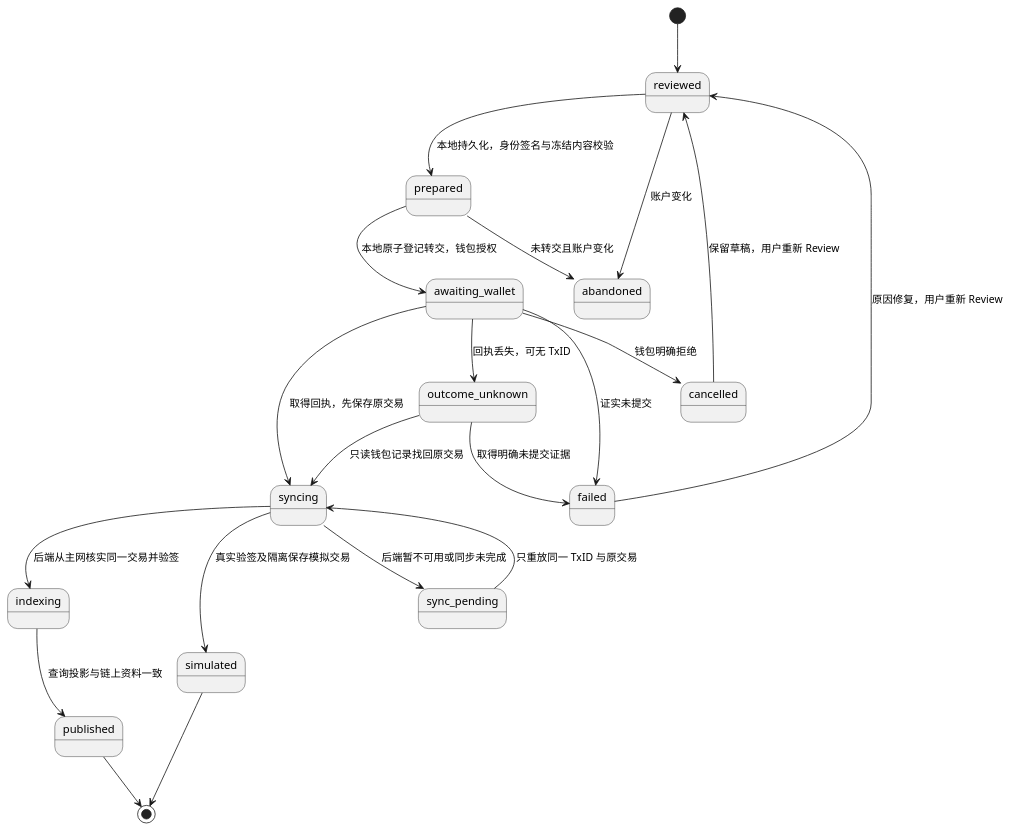
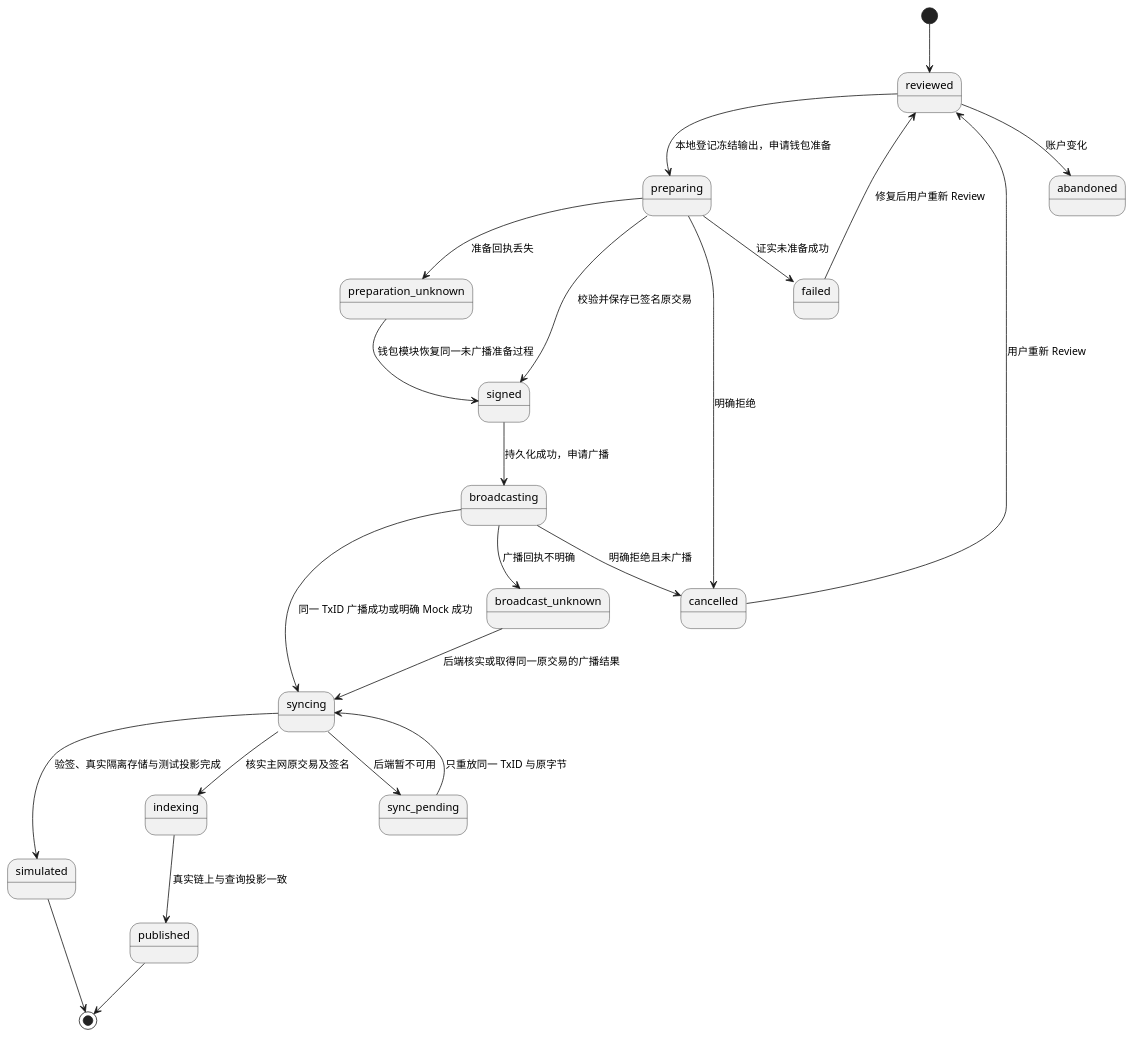
The third of 3 diagrams in _task/system-design/spec/frontend/集成核心认知v0.1.0-20261013-183000.md (metanet4j/ownword-harness), drawn with PlantUML before and after one commit. The commit also changed other lines of this file and 7 other files, not shown here.

````diff
--- a/_task/system-design/spec/frontend/集成核心认知v0.1.0-20261013-183000.md
+++ b/_task/system-design/spec/frontend/集成核心认知v0.1.0-20261013-183000.md
@@ -184,24 +199,26 @@
 ```plantuml
 @startuml
 [*] --> reviewed
-reviewed --> prepared : 本地持久化，身份签名与冻结内容校验
-prepared --> awaiting_wallet : 本地原子登记转交，钱包授权
-awaiting_wallet --> cancelled : 钱包明确拒绝
-awaiting_wallet --> failed : 证实未提交
-awaiting_wallet --> syncing : 取得回执，先保存原交易
-awaiting_wallet --> outcome_unknown : 回执丢失，可无 TxID
-syncing --> indexing : 后端从主网核实同一交易并验签
-syncing --> simulated : 真实验签及隔离保存模拟交易
-syncing --> sync_pending : 后端暂不可用或同步未完成
-sync_pending --> syncing : 只重放同一 TxID 与原交易
-indexing --> published : 查询投影与链上资料一致
-outcome_unknown --> syncing : 只读钱包记录找回原交易
-outcome_unknown --> failed : 取得明确未提交证据
+reviewed --> preparing : 本地登记冻结输出，申请钱包准备
+preparing --> cancelled : 明确拒绝
+preparing --> failed : 证实未准备成功
+preparing --> preparation_unknown : 准备回执丢失
+preparing --> signed : 校验并保存已签名原交易
+preparation_unknown --> signed : 钱包模块恢复同一未广播准备过程
+signed --> broadcasting : 持久化成功，申请广播
+broadcasting --> broadcast_unknown : 广播回执不明确
+broadcasting --> cancelled : 明确拒绝且未广播
+broadcasting --> syncing : 同一 TxID 广播成功或明确 Mock 成功
+broadcast_unknown --> syncing : 后端核实或取得同一原交易的广播结果
+syncing --> indexing : 核实主网原交易及签名
+syncing --> simulated : 验签、真实隔离存储与测试投影完成
+syncing --> sync_pending : 后端暂不可用
+sync_pending --> syncing : 只重放同一 TxID 与原字节
+indexing --> published : 真实链上与查询投影一致
 reviewed --> abandoned : 账户变化
-prepared --> abandoned : 未转交且账户变化
-cancelled --> reviewed : 保留草稿，用户重新 Review
-failed --> reviewed : 原因修复，用户重新 Review
+cancelled --> reviewed : 用户重新 Review
+failed --> reviewed : 修复后用户重新 Review
 simulated --> [*]
 published --> [*]
 @enduml
 ```
````
